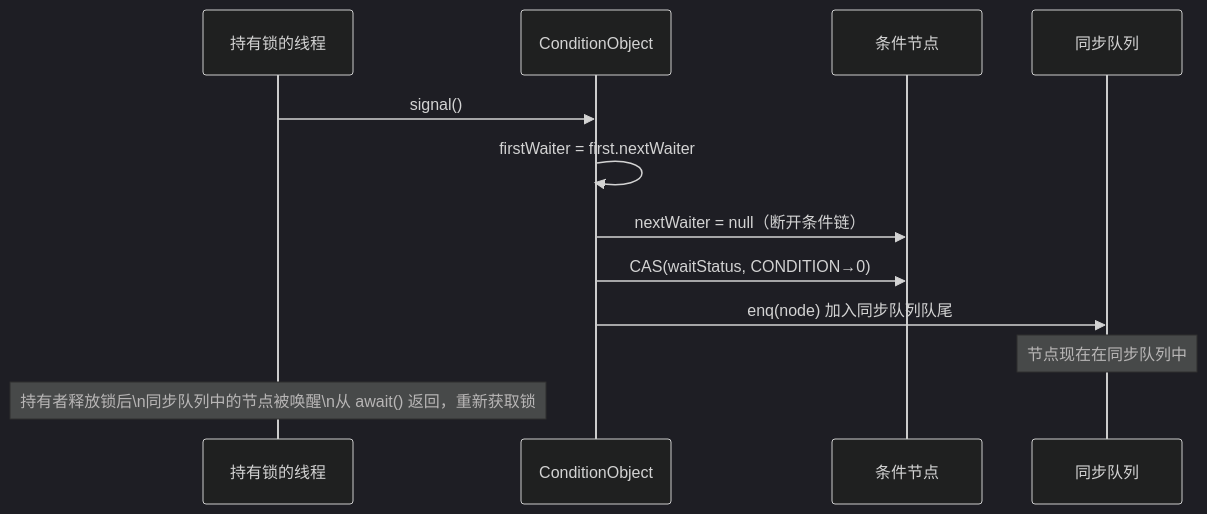
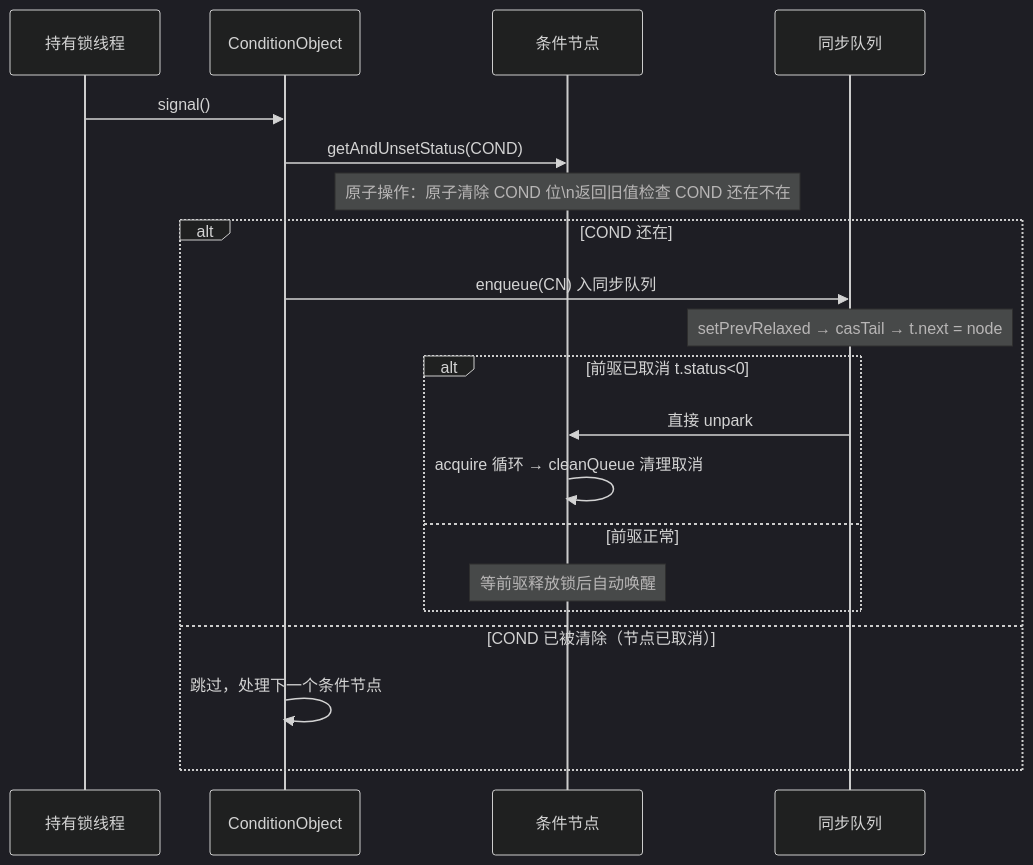
The fifth of 5 diagrams in content/posts/concurrency/AqsDeepAnalysis.md (yaocat55/yaocat55.github.io), drawn with Mermaid (dark theme) before and after one commit. The commit also changed other lines of this file, not shown here.

````diff
--- a/content/posts/concurrency/AqsDeepAnalysis.md
+++ b/content/posts/concurrency/AqsDeepAnalysis.md
@@ -631,16 +627,24 @@
-```mermaid
+``` mermaid
+%% 半暗底色 + 高亮描边 %%
 sequenceDiagram
-    participant Holder as 持有锁的线程
-    participant Cond as ConditionObject
-    participant Node as 条件节点
-    participant SyncQ as 同步队列
+    participant H as 持有锁线程
+    participant CO as ConditionObject
+    participant CN as 条件节点
+    participant SQ as 同步队列
 
-    Holder->>Cond: signal()
-    Cond->>Cond: firstWaiter = first.nextWaiter
-    Cond->>Node: nextWaiter = null（断开条件链）
-    Cond->>Node: CAS(waitStatus, CONDITION→0)
-    Cond->>SyncQ: enq(node) 加入同步队列队尾
-    Note over SyncQ: 节点现在在同步队列中
-
-    Note over Holder: 持有者释放锁后\n同步队列中的节点被唤醒\n从 await() 返回，重新获取锁
-```
+    H->>CO: signal()
+    CO->>CN: getAndUnsetStatus(COND)
+    Note over CN: 原子操作：原子清除 COND 位\n返回旧值检查 COND 还在不在
+    alt COND 还在
+        CO->>SQ: enqueue(CN) 入同步队列
+        Note over SQ: setPrevRelaxed → casTail → t.next = node
+        alt 前驱已取消 t.status<0
+            SQ->>CN: 直接 unpark
+            CN->>CN: acquire 循环 → cleanQueue 清理取消
+        else 前驱正常
+            Note over CN: 等前驱释放锁后自动唤醒
+        end
+    else COND 已被清除（节点已取消）
+        CO->>CO: 跳过，处理下一个条件节点
+    end
+``` 
````
